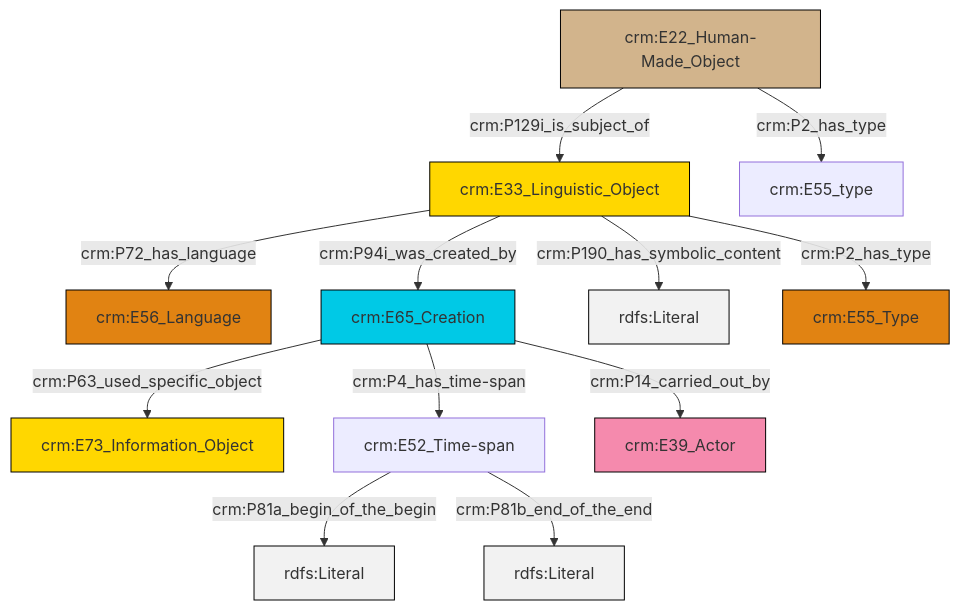
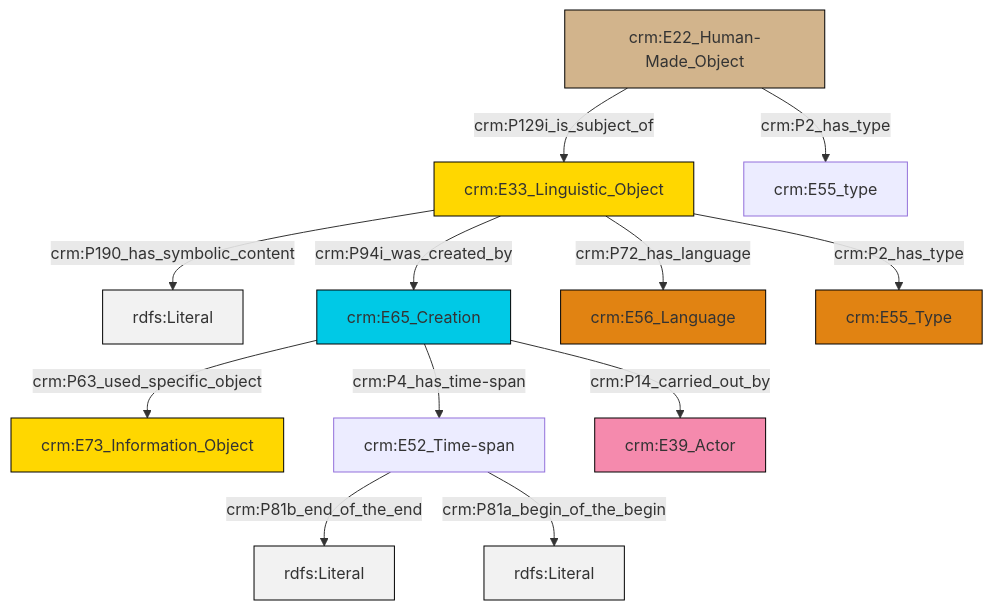
The diagram in et/artworkCSV/ttl/mmd/Artwork_Description.ttl.mmd (swiss-art-research-net/docs.swissartresearch), drawn with Mermaid before and after one commit. The commit also changed 177 other files, not shown here.

```diff
--- a/et/artworkCSV/ttl/mmd/Artwork_Description.ttl.mmd
+++ b/et/artworkCSV/ttl/mmd/Artwork_Description.ttl.mmd
@@ -1,26 +1,26 @@
 graph TD
 classDef Literal fill:#f2f2f2,stroke:#000000;
 classDef CRM_Entity fill:#FFFFFF,stroke:#000000;
 classDef Temporal_Entity fill:#00C9E6, stroke:#000000;
 classDef Type fill:#E18312, stroke:#000000;
 classDef Time-Span fill:#2C9C91, stroke:#000000;
 classDef Appellation fill:#FFEB7F, stroke:#000000;
 classDef Place fill:#008836, stroke:#000000;
 classDef Persistent_Item fill:#B266B2, stroke:#000000;
 classDef Conceptual_Object fill:#FFD700, stroke:#000000;
 classDef Physical_Thing fill:#D2B48C, stroke:#000000;
 classDef Actor fill:#f58aad, stroke:#000000;
 classDef PC_Classes fill:#4ce600, stroke:#000000;
 classDef Multi fill:#cccccc,stroke:#000000;
 
-6["crm:E52_Time-span"]:::Default -->|crm:P81a_begin_of_the_begin| 7[rdfs:Literal]:::Literal
-6["crm:E52_Time-span"]:::Default -->|crm:P81b_end_of_the_end| 8[rdfs:Literal]:::Literal
-9["crm:E65_Creation"]:::Temporal_Entity -->|crm:P63_used_specific_object| 0["crm:E73_Information_Object"]:::Conceptual_Object
-9["crm:E65_Creation"]:::Temporal_Entity -->|crm:P14_carried_out_by| 10["crm:E39_Actor"]:::Actor
-2["crm:E33_Linguistic_Object"]:::Conceptual_Object -->|crm:P190_has_symbolic_content| 11[rdfs:Literal]:::Literal
-2["crm:E33_Linguistic_Object"]:::Conceptual_Object -->|crm:P72_has_language| 4["crm:E56_Language"]:::Type
-13["crm:E22_Human-Made_Object"]:::Physical_Thing -->|crm:P129i_is_subject_of| 2["crm:E33_Linguistic_Object"]:::Conceptual_Object
-9["crm:E65_Creation"]:::Temporal_Entity -->|crm:P4_has_time-span| 6["crm:E52_Time-span"]:::Default
-13["crm:E22_Human-Made_Object"]:::Physical_Thing -->|crm:P2_has_type| 15["crm:E55_type"]:::Default
+2["crm:E33_Linguistic_Object"]:::Conceptual_Object -->|crm:P190_has_symbolic_content| 3[rdfs:Literal]:::Literal
+4["crm:E65_Creation"]:::Temporal_Entity -->|crm:P4_has_time-span| 5["crm:E52_Time-span"]:::Default
+6["crm:E22_Human-Made_Object"]:::Physical_Thing -->|crm:P2_has_type| 7["crm:E55_type"]:::Default
+5["crm:E52_Time-span"]:::Default -->|crm:P81b_end_of_the_end| 8[rdfs:Literal]:::Literal
+4["crm:E65_Creation"]:::Temporal_Entity -->|crm:P14_carried_out_by| 9["crm:E39_Actor"]:::Actor
+4["crm:E65_Creation"]:::Temporal_Entity -->|crm:P63_used_specific_object| 0["crm:E73_Information_Object"]:::Conceptual_Object
+2["crm:E33_Linguistic_Object"]:::Conceptual_Object -->|crm:P72_has_language| 11["crm:E56_Language"]:::Type
+2["crm:E33_Linguistic_Object"]:::Conceptual_Object -->|crm:P94i_was_created_by| 4["crm:E65_Creation"]:::Temporal_Entity
+5["crm:E52_Time-span"]:::Default -->|crm:P81a_begin_of_the_begin| 17[rdfs:Literal]:::Literal
 2["crm:E33_Linguistic_Object"]:::Conceptual_Object -->|crm:P2_has_type| 18["crm:E55_Type"]:::Type
-2["crm:E33_Linguistic_Object"]:::Conceptual_Object -->|crm:P94i_was_created_by| 9["crm:E65_Creation"]:::Temporal_Entity
+6["crm:E22_Human-Made_Object"]:::Physical_Thing -->|crm:P129i_is_subject_of| 2["crm:E33_Linguistic_Object"]:::Conceptual_Object
```
